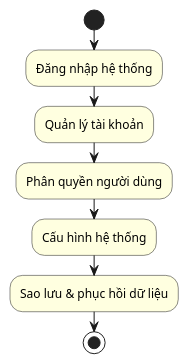
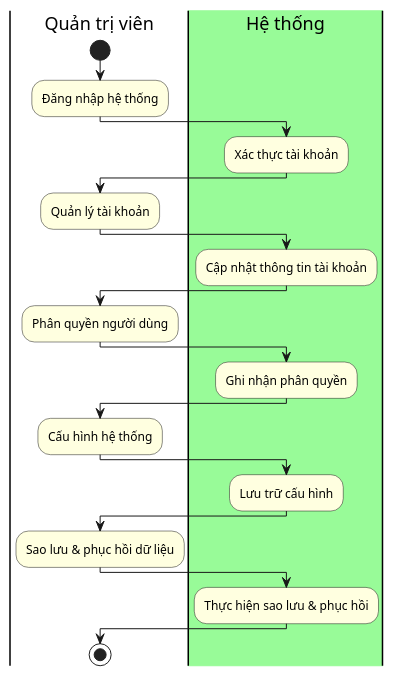
Before and after one commit to DavidSatoh/CNPM-school-food-festivals: diagram 14 of 14 in README.md, drawn with PlantUML. The commit also changed other lines of this file, not shown here.

````diff
--- a/README.md
+++ b/README.md
@@ -639,17 +705,32 @@
 ```plantuml
 @startuml "Quy trình của Quản trị viên"
 
 skinparam activity {
     BackgroundColor LightYellow
 }
 
 |Quản trị viên|
 start
 :Đăng nhập hệ thống;
+|#palegreen|Hệ thống|
+:Xác thực tài khoản;
+|Quản trị viên|
 :Quản lý tài khoản;
+|Hệ thống|
+:Cập nhật thông tin tài khoản;
+|Quản trị viên|
 :Phân quyền người dùng;
+|Hệ thống|
+:Ghi nhận phân quyền;
+|Quản trị viên|
 :Cấu hình hệ thống;
+|Hệ thống|
+:Lưu trữ cấu hình;
+|Quản trị viên|
 :Sao lưu & phục hồi dữ liệu;
+|Hệ thống|
+:Thực hiện sao lưu & phục hồi;
+|Quản trị viên|
 stop
 @enduml
 ```
````
